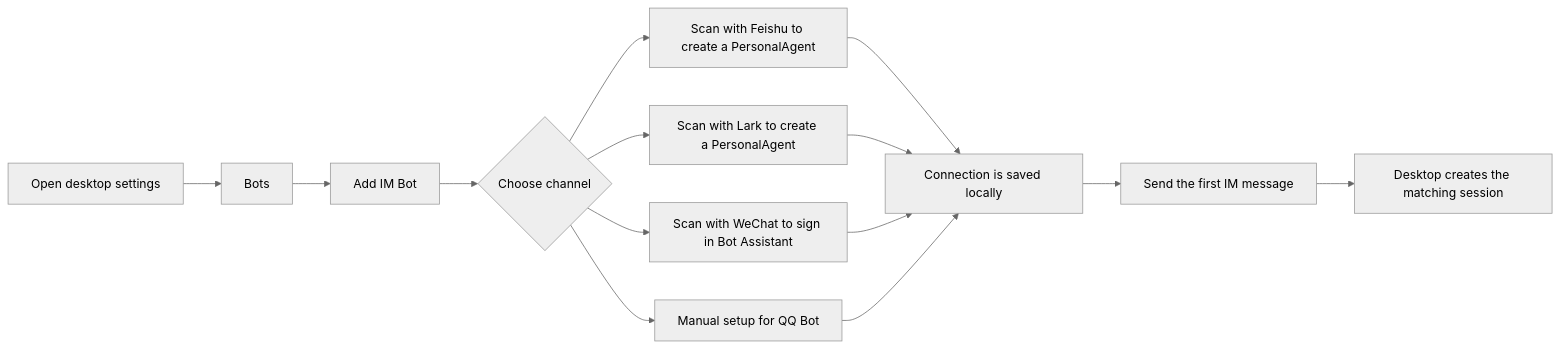
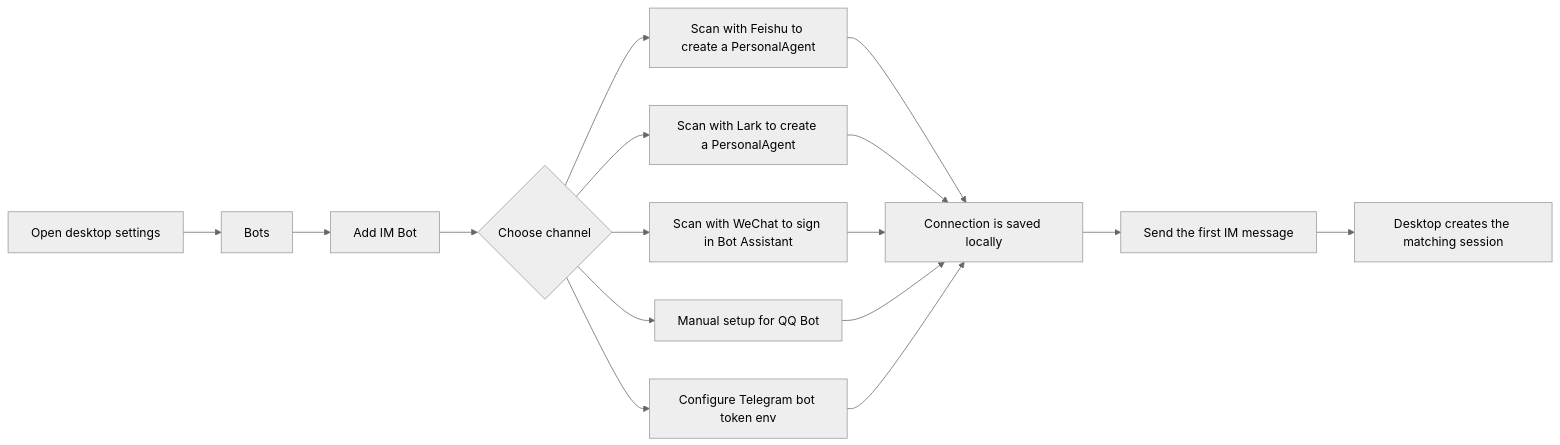
Before and after one commit to Ebonyhtx/reames-agent: the first of 3 diagrams in docs/BOT_GUIDE.md, drawn with Mermaid (neutral theme). The commit also changed other lines of this file and 128 other files, not shown here.

````diff
--- a/docs/BOT_GUIDE.md
+++ b/docs/BOT_GUIDE.md
@@ -68,16 +68,18 @@
 ```mermaid
 flowchart LR
   A["Open desktop settings"] --> B["Bots"]
   B --> C["Add IM Bot"]
   C --> D{"Choose channel"}
   D --> E["Scan with Feishu to create a PersonalAgent"]
   D --> F["Scan with Lark to create a PersonalAgent"]
   D --> G["Scan with WeChat to sign in Bot Assistant"]
   D --> H["Manual setup for QQ Bot"]
+  D --> T["Configure Telegram bot token env"]
   E --> I["Connection is saved locally"]
   F --> I
   G --> I
   H --> I
+  T --> I
   I --> J["Send the first IM message"]
   J --> K["Desktop creates the matching session"]
 ```
````
